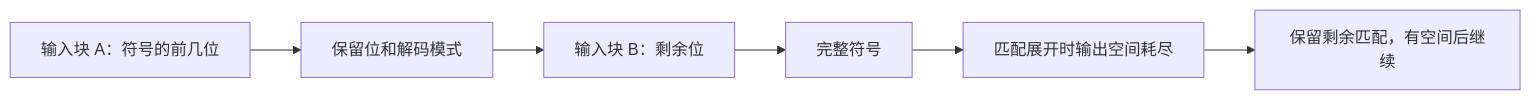
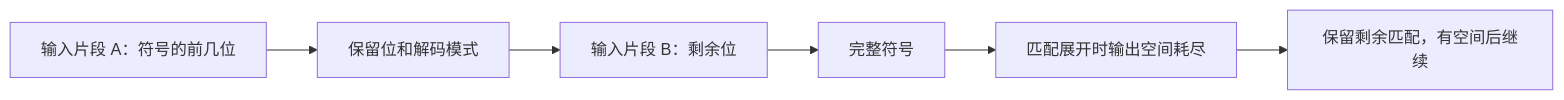
The third of 4 diagrams in docs/guide/streaming.zh.md (cla7aye15I4nd/oss-proof), drawn with Mermaid before and after one commit. The commit also changed other lines of this file and 6 other files, not shown here.

````diff
--- a/docs/guide/streaming.zh.md
+++ b/docs/guide/streaming.zh.md
@@ -159,8 +159,8 @@
 ```mermaid
 flowchart LR
-    first["输入块 A：符号的前几位"] --> saved["保留位和解码模式"]
-    saved --> second["输入块 B：剩余位"]
+    first["输入片段 A：符号的前几位"] --> saved["保留位和解码模式"]
+    saved --> second["输入片段 B：剩余位"]
     second --> symbol["完整符号"]
     symbol --> partial["匹配展开时输出空间耗尽"]
     partial --> resumed["保留剩余匹配，有空间后继续"]
 ```
````
